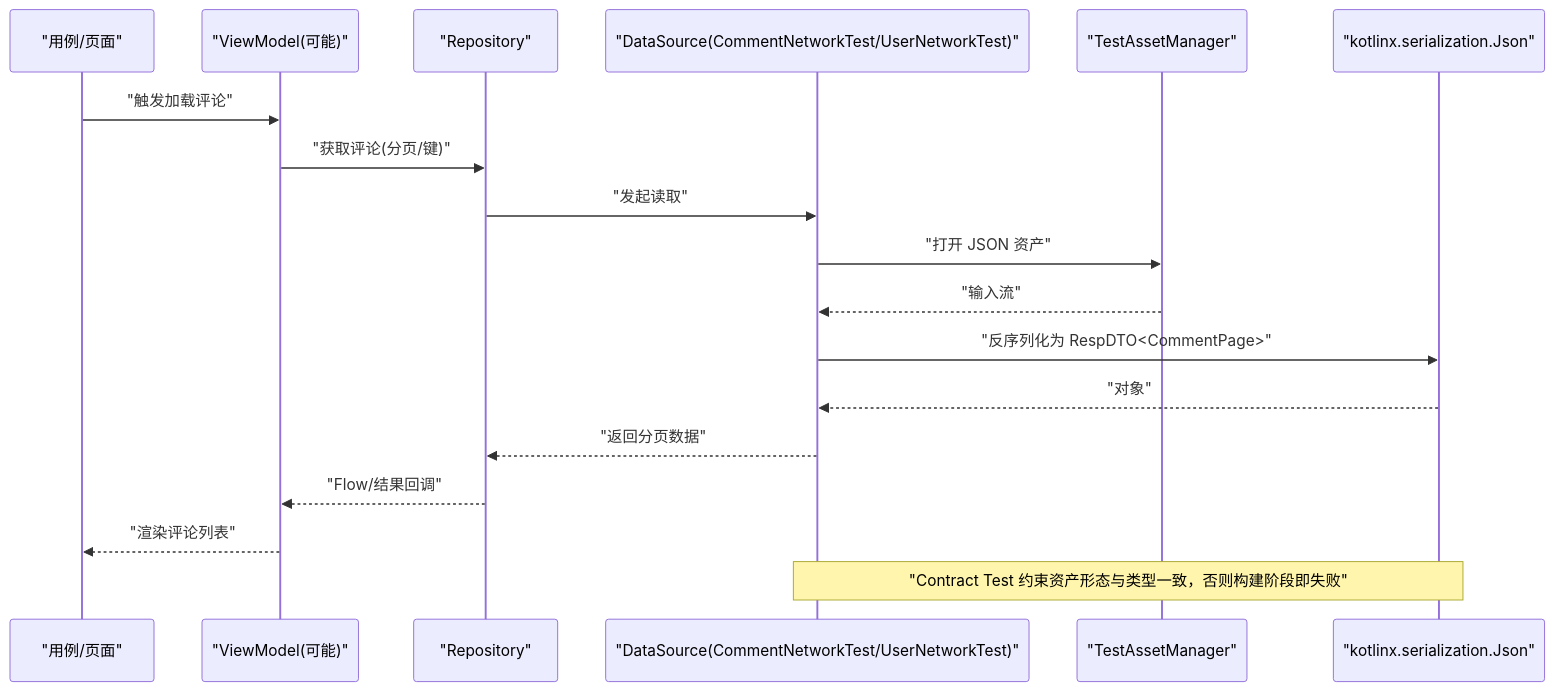
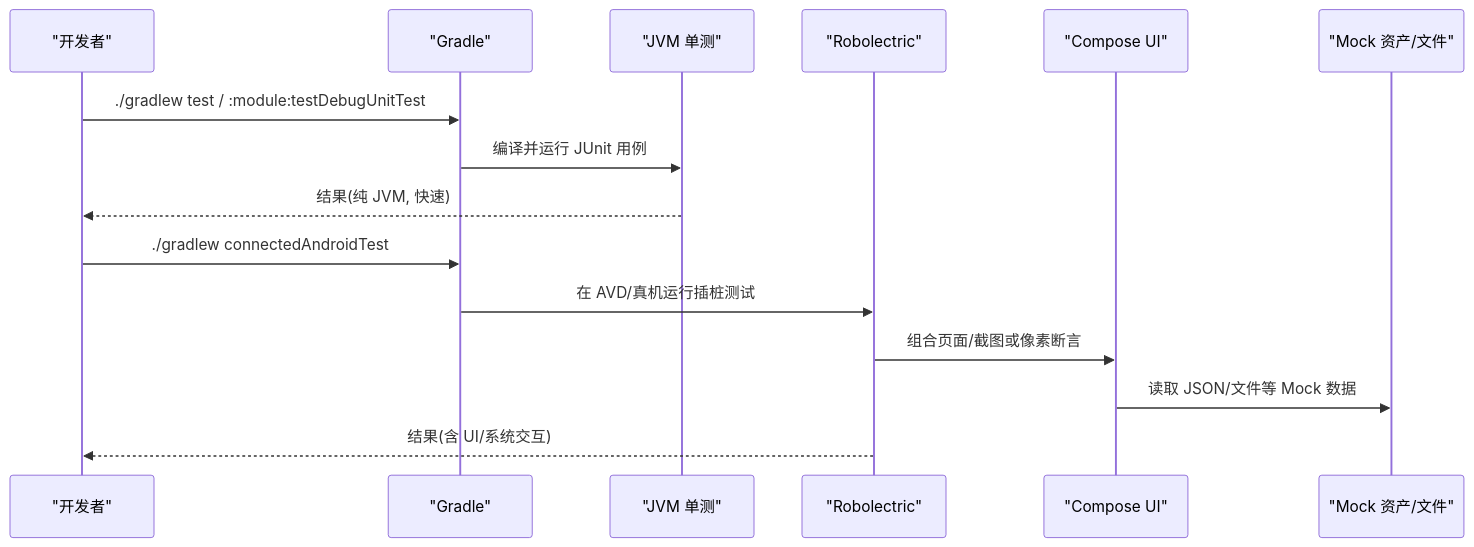
One commit to xrn1997/android-ebook changed the second of 3 diagrams in .qoder/repowiki/zh/content/测试策略/测试策略.md. Above: the diagram before and after it, drawn with Mermaid. The commit also changed other lines of this file and 544 other files, not shown here.

````diff
--- a/.qoder/repowiki/zh/content/测试策略/测试策略.md
+++ b/.qoder/repowiki/zh/content/测试策略/测试策略.md
@@ -112,21 +99,18 @@
 ```mermaid
 sequenceDiagram
-    participant U as "用例/页面"
-    participant VM as "ViewModel(可能)"
-    participant Repo as "Repository"
-    participant DS as "DataSource(CommentNetworkTest/UserNetworkTest)"
-    participant AM as "TestAssetManager"
-    participant JSON as "kotlinx.serialization.Json"
+    participant Dev as "开发者"
+    participant Gradle as "Gradle"
+    participant Unit as "JVM 单测"
+    participant Robo as "Robolectric"
+    participant Compose as "Compose UI"
+    participant Assets as "Mock 资产/文件"
 
-    U->>VM: "触发加载评论"
-    VM->>Repo: "获取评论(分页/键)"
-    Repo->>DS: "发起读取"
-    DS->>AM: "打开 JSON 资产"
-    AM-->>DS: "输入流"
-    DS->>JSON: "反序列化为 RespDTO<CommentPage>"
-    JSON-->>DS: "对象"
-    DS-->>Repo: "返回分页数据"
-    Repo-->>VM: "Flow/结果回调"
-    VM-->>U: "渲染评论列表"
-    Note over DS,JSON: "Contract Test 约束资产形态与类型一致，否则构建阶段即失败"
+    Dev->>Gradle: ./gradlew test / :module:testDebugUnitTest
+    Gradle->>Unit: 编译并运行 JUnit 用例
+    Unit-->>Dev: 结果(纯 JVM, 快速)
+    Dev->>Gradle: ./gradlew connectedAndroidTest
+    Gradle->>Robo: 在 AVD/真机运行插桩测试
+    Robo->>Compose: 组合页面/截图或像素断言
+    Compose->>Assets: 读取 JSON/文件等 Mock 数据
+    Robo-->>Dev: 结果(含 UI/系统交互)
 ```
````
